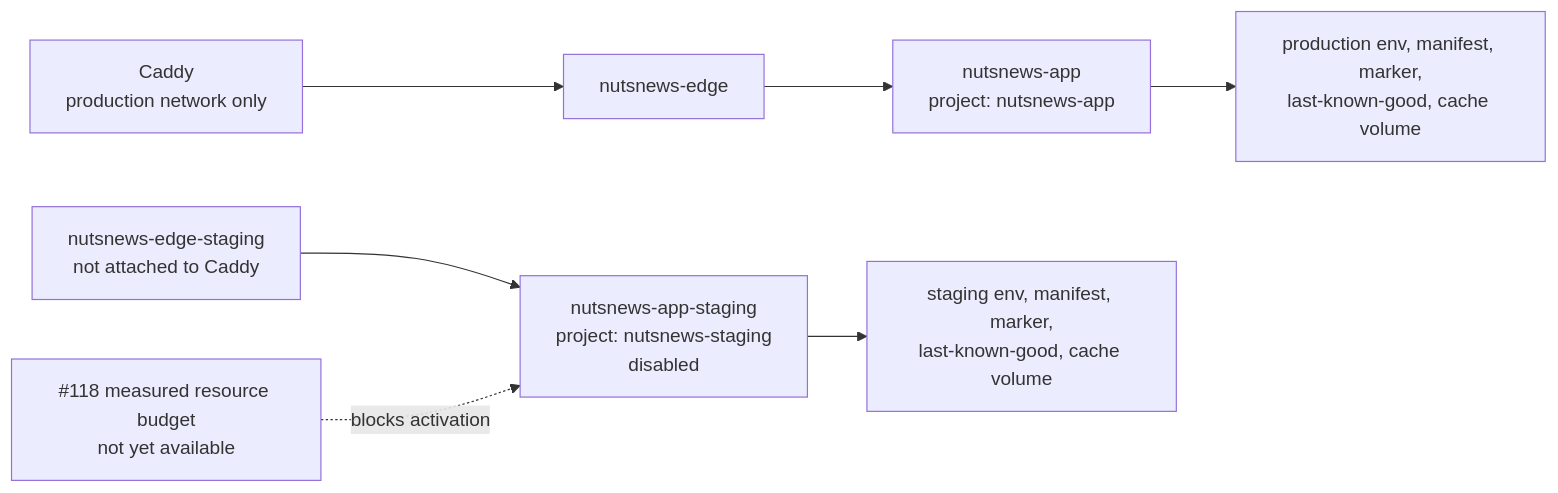
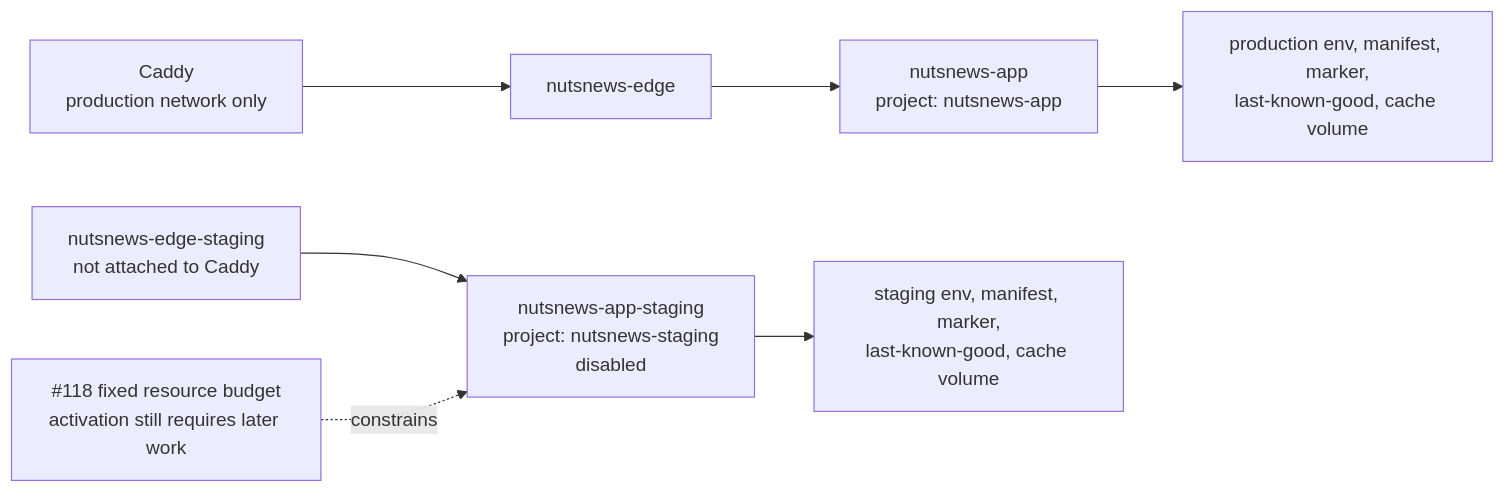
Before and after one commit to ramideltoro/nutsnews-docs: the diagram in NUTSNEWS_VPS_RUNTIME_ENVIRONMENT_ISOLATION.md, drawn with Mermaid. The commit also changed other lines of this file and 2 other files, not shown here.

Commit message:
docs: record VPS staging capacity budget

````diff
--- a/NUTSNEWS_VPS_RUNTIME_ENVIRONMENT_ISOLATION.md
+++ b/NUTSNEWS_VPS_RUNTIME_ENVIRONMENT_ISOLATION.md
@@ -81,12 +81,12 @@
 ```mermaid
 flowchart LR
   caddy["Caddy\nproduction network only"] --> prodNet["nutsnews-edge"]
   prodNet --> prodApp["nutsnews-app\nproject: nutsnews-app"]
 
   stageNet["nutsnews-edge-staging\nnot attached to Caddy"] --> stageApp["nutsnews-app-staging\nproject: nutsnews-staging\ndisabled"]
 
   prodApp --> prodState["production env, manifest, marker,\nlast-known-good, cache volume"]
   stageApp --> stageState["staging env, manifest, marker,\nlast-known-good, cache volume"]
 
-  budget["#118 measured resource budget\nnot yet available"] -. blocks activation .-> stageApp
+  budget["#118 fixed resource budget\nactivation still requires later work"] -. constrains .-> stageApp
 ```
````
